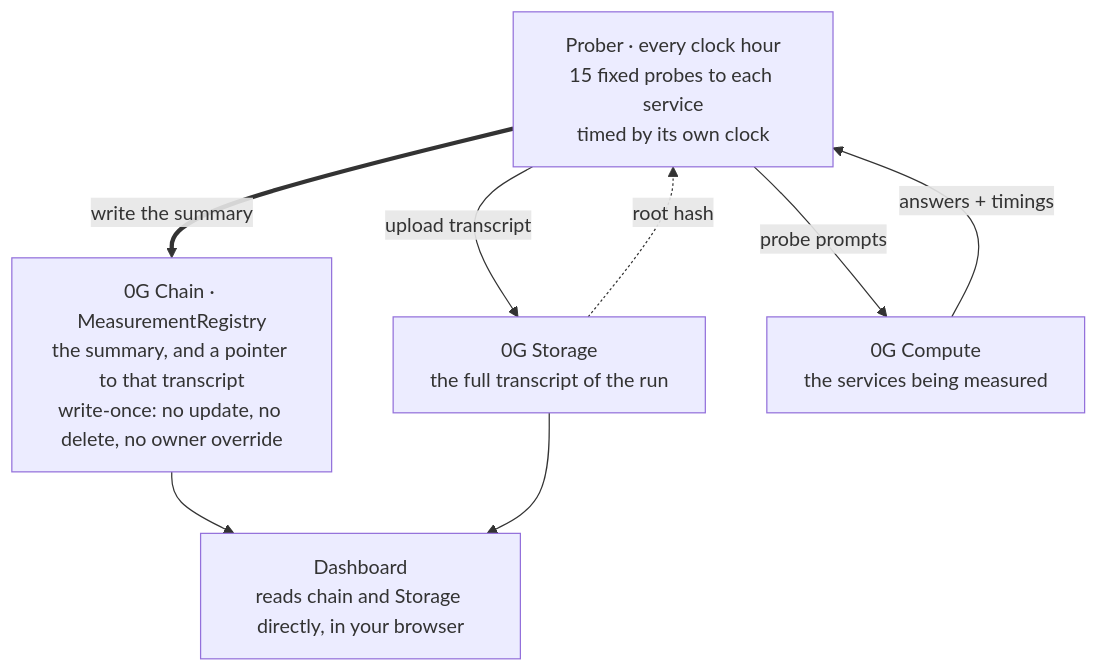
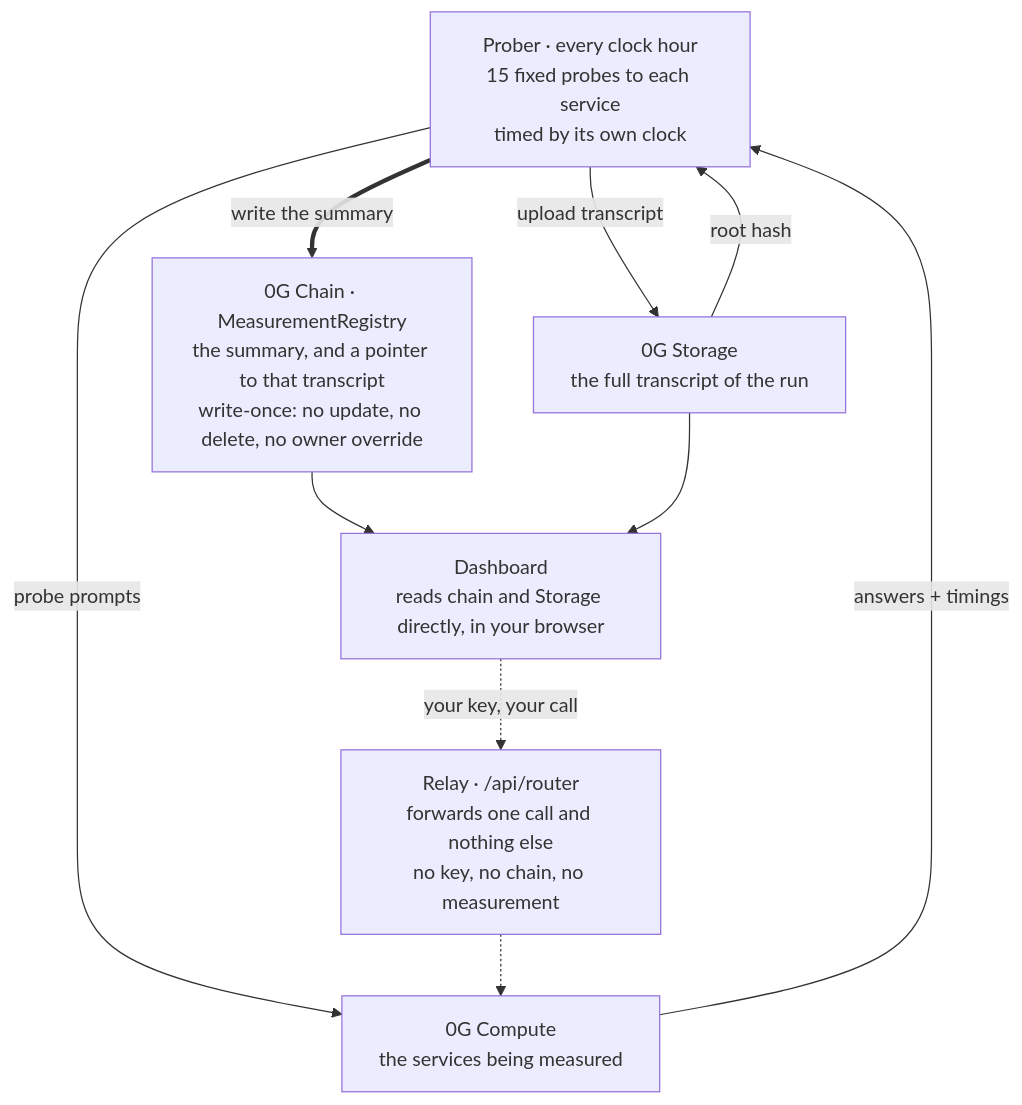
One commit to hms1499/0g-provider-observatory changed the diagram in README.md. Above: the diagram before and after it, drawn with Mermaid. The commit also changed other lines of this file and 2 other files, not shown here.

````diff
--- a/README.md
+++ b/README.md
@@ -27,15 +38,19 @@
 ```mermaid
 flowchart TB
   P["Prober · every clock hour<br/>15 fixed probes to each service<br/>timed by its own clock"]
   S["0G Storage<br/>the full transcript of the run"]
   C["0G Chain · MeasurementRegistry<br/>the summary, and a pointer to that transcript<br/>write-once: no update, no delete, no owner override"]
   D["Dashboard<br/>reads chain and Storage directly, in your browser"]
 
+  X["Relay · /api/router<br/>forwards one call and nothing else<br/>no key, no chain, no measurement"]
+
   P -->|"probe prompts"| R["0G Compute<br/>the services being measured"]
   R -->|"answers + timings"| P
   P -->|"upload transcript"| S
-  S -.->|"root hash"| P
+  S -->|"root hash"| P
   P ==>|"write the summary"| C
   C --> D
   S --> D
+  D -.->|"your key, your call"| X
+  X -.-> R
 ```
````
